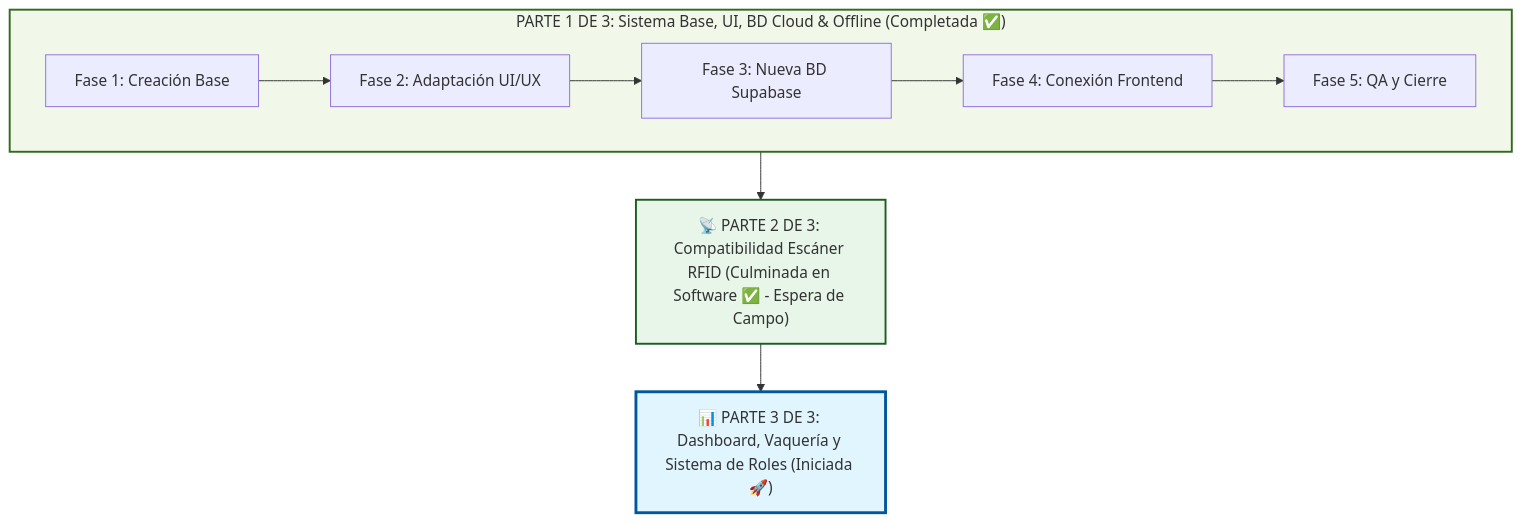
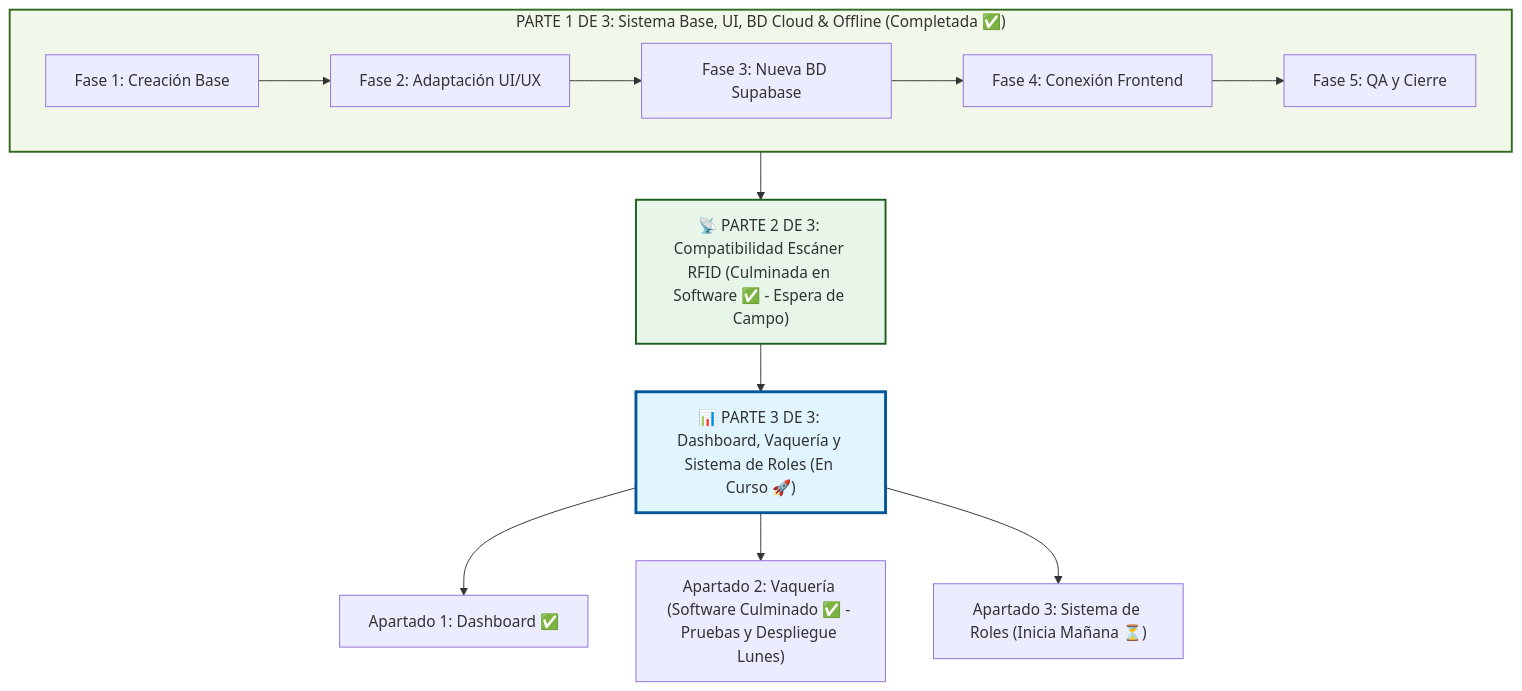
One commit to JorgeM11/Gesti-n_Ganadera changed the diagram in planificacion.md. Above: the diagram before and after it, drawn with Mermaid. The commit also changed other lines of this file and 1 other file, not shown here.

Commit message:
docs: actualizar planificacion (cierre software vaqueria, inicio roles manana y despliegue lunes)

````diff
--- a/planificacion.md
+++ b/planificacion.md
@@ -18,16 +18,19 @@
 ```mermaid
 flowchart TD
     subgraph P1["PARTE 1 DE 3: Sistema Base, UI, BD Cloud & Offline (Completada ✅)"]
         F1["Fase 1: Creación Base"] --> F2["Fase 2: Adaptación UI/UX"]
         F2 --> F3["Fase 3: Nueva BD Supabase"]
         F3 --> F4["Fase 4: Conexión Frontend"]
         F4 --> F5["Fase 5: QA y Cierre"]
     end
 
     P1 --> P2["📡 PARTE 2 DE 3: Compatibilidad Escáner RFID (Culminada en Software ✅ - Espera de Campo)"]
-    P2 --> P3["📊 PARTE 3 DE 3: Dashboard, Vaquería y Sistema de Roles (Iniciada 🚀)"]
+    P2 --> P3["📊 PARTE 3 DE 3: Dashboard, Vaquería y Sistema de Roles (En Curso 🚀)"]
+    P3 --> P3_1["Apartado 1: Dashboard ✅"]
+    P3 --> P3_2["Apartado 2: Vaquería (Software Culminado ✅ - Pruebas y Despliegue Lunes)"]
+    P3 --> P3_3["Apartado 3: Sistema de Roles (Inicia Mañana ⏳)"]
 
     style P1 fill:#f1f8e9,stroke:#33691e,stroke-width:2px
     style P2 fill:#e8f5e9,stroke:#1b5e20,stroke-width:2px
     style P3 fill:#e1f5fe,stroke:#01579b,stroke-width:3px
 ```
````
